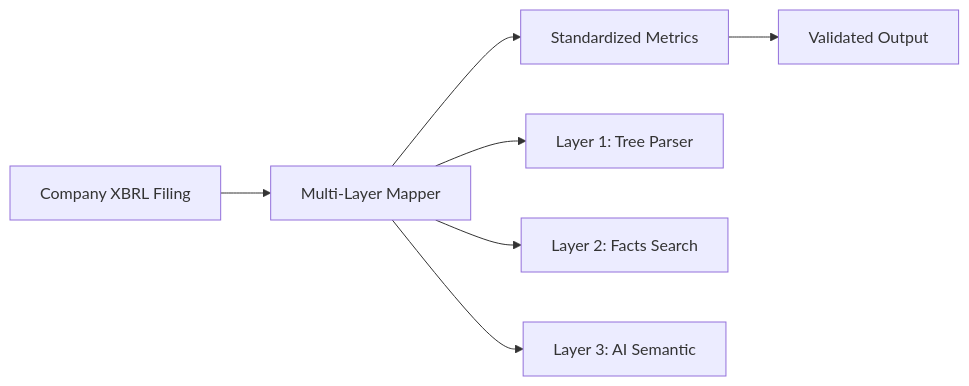
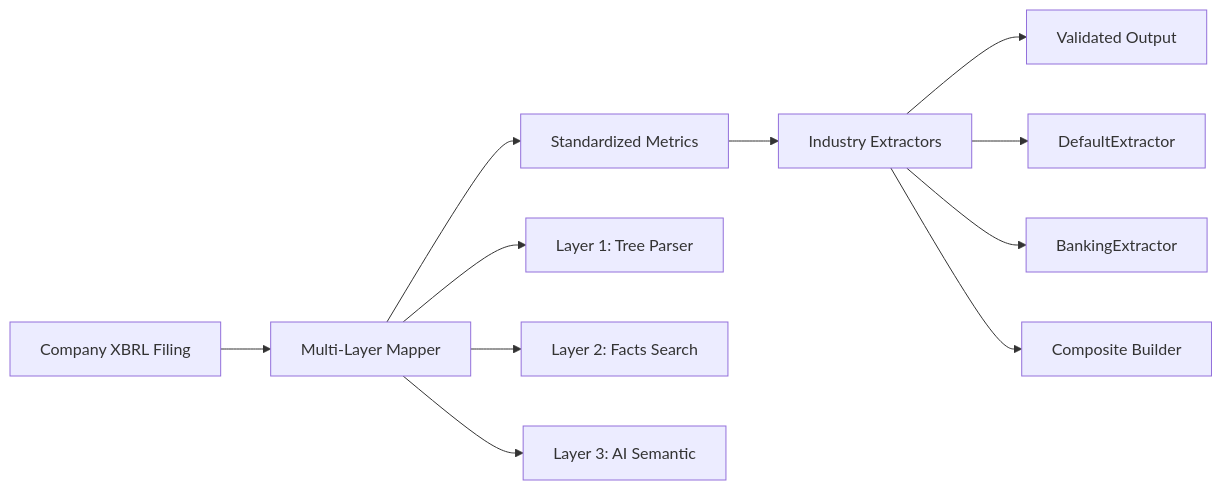
Before and after one commit to dgunning/edgartools: the first of 7 diagrams in sandbox/notes/005_calculation_tree_study/concept_mapping_walkthrough.md, drawn with Mermaid. The commit also changed other lines of this file and 11 other files, not shown here.

````diff
--- a/sandbox/notes/005_calculation_tree_study/concept_mapping_walkthrough.md
+++ b/sandbox/notes/005_calculation_tree_study/concept_mapping_walkthrough.md
@@ -9,10 +15,15 @@
 ```mermaid
 flowchart LR
     A[Company XBRL Filing] --> B[Multi-Layer Mapper]
     B --> C[Standardized Metrics]
-    C --> D[Validated Output]
+    C --> D[Industry Extractors]
+    D --> E[Validated Output]
     
     B --> B1[Layer 1: Tree Parser]
     B --> B2[Layer 2: Facts Search]
     B --> B3[Layer 3: AI Semantic]
+    
+    D --> D1[DefaultExtractor]
+    D --> D2[BankingExtractor]
+    D --> D3[Composite Builder]
 ```
````
